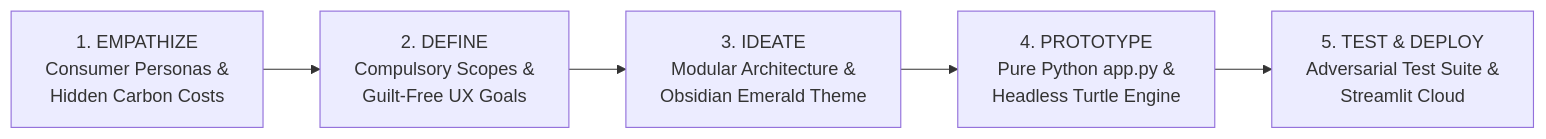
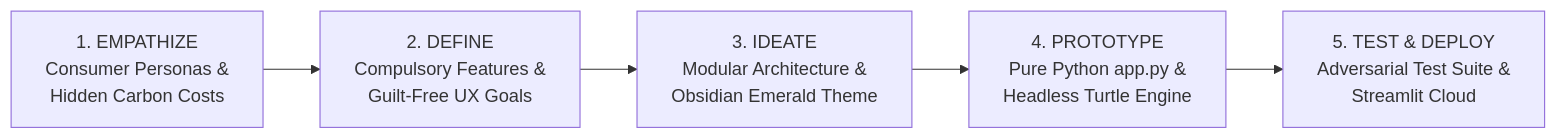
The second of 8 diagrams in README.md (parthibcpana/IDAI102-1000544-PARTH-PARVINBHAI-GAJERA-SA), drawn with Mermaid before and after one commit. The commit also changed other lines of this file and 2 other files, not shown here.

````diff
--- a/README.md
+++ b/README.md
@@ -92,7 +110,7 @@
 ```mermaid
 flowchart LR
-    E["1. EMPATHIZE<br>Consumer Personas &<br>Hidden Carbon Costs"] --> D["2. DEFINE<br>Compulsory Scopes &<br>Guilt-Free UX Goals"]
+    E["1. EMPATHIZE<br>Consumer Personas &<br>Hidden Carbon Costs"] --> D["2. DEFINE<br>Compulsory Features &<br>Guilt-Free UX Goals"]
     D --> I["3. IDEATE<br>Modular Architecture &<br>Obsidian Emerald Theme"]
     I --> P["4. PROTOTYPE<br>Pure Python app.py &<br>Headless Turtle Engine"]
     P --> T["5. TEST & DEPLOY<br>Adversarial Test Suite &<br>Streamlit Cloud"]
 ```
````
